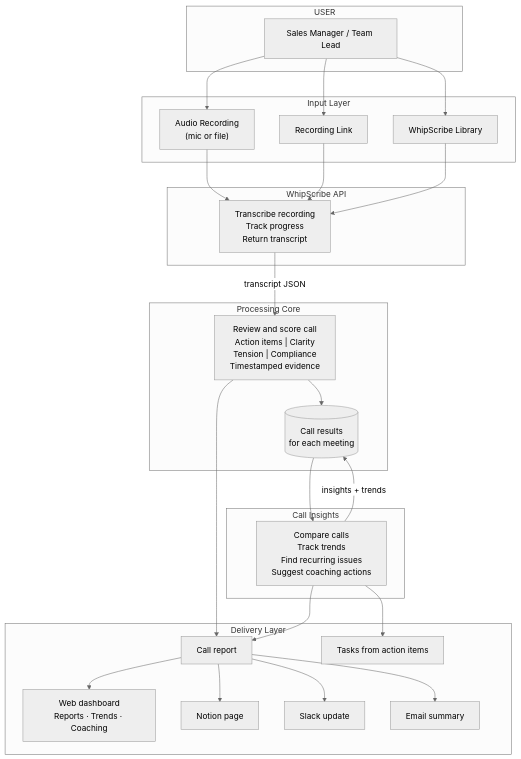
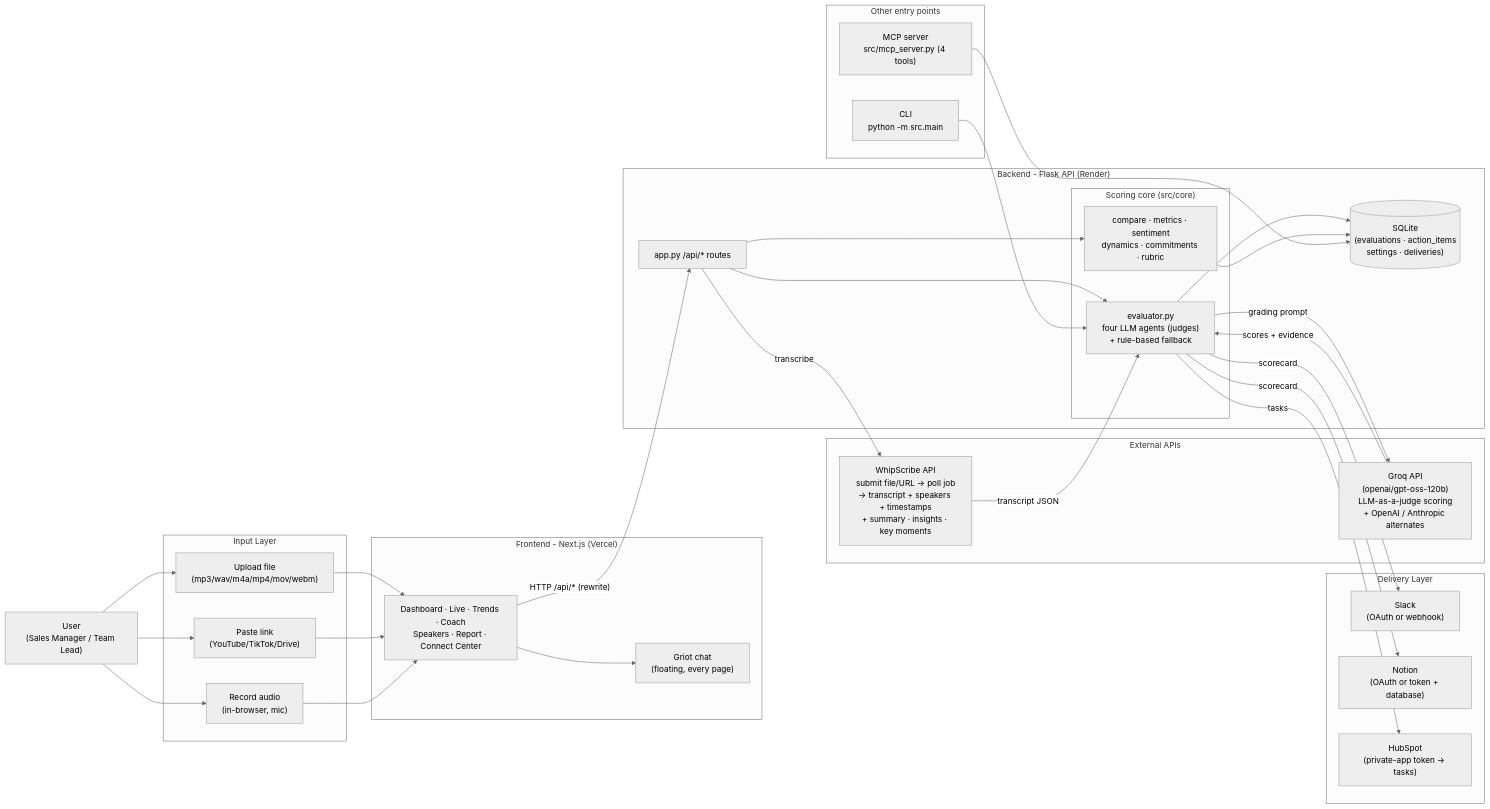
One commit to Blacksujit/callcoach-ai-whhipscribe changed the diagram in README.md. Above: the diagram before and after it, drawn with Mermaid (neutral theme). The commit also changed other lines of this file and 1 other file, not shown here.

Commit message:
Enhance architecture documentation with detailed flowchart and service interactions

````diff
--- a/README.md
+++ b/README.md
@@ -34,55 +38,67 @@
 ```mermaid
-graph TB
-    subgraph USER
-        U["Sales Manager / Team Lead"]
+flowchart LR
+    U["User\n(Sales Manager / Team Lead)"]
+
+    subgraph INPUT["Input Layer"]
+        FILE["Upload file\n(mp3/wav/m4a/mp4/mov/webm)"]
+        URL["Paste link\n(YouTube/TikTok/Drive)"]
+        REC["Record audio\n(in-browser, mic)"]
     end
 
-    subgraph "Input Layer"
-        AUDIO["Audio Recording\n(mic or file)"]
-        URL["Recording Link"]
-        MCP["WhipScribe Library"]
+    U --> FILE
+    U --> URL
+    U --> REC
+
+    subgraph FRONTEND["Frontend - Next.js (Vercel)"]
+        PAGES["Dashboard · Live · Trends · Coach\nSpeakers · Report · Connect Center"]
+        WIDGET["Griot chat\n(floating, every page)"]
     end
 
-    subgraph "WhipScribe API"
-        WFApi["Transcribe recording\nTrack progress\nReturn transcript"]
+    FILE --> PAGES
+    URL --> PAGES
+    REC --> PAGES
+    PAGES --> WIDGET
+
+    subgraph BACKEND["Backend - Flask API (Render)"]
+        API["app.py  /api/* routes"]
+        subgraph CORE["Scoring core (src/core)"]
+            EVAL["evaluator.py\nfour LLM agents (judges)\n+ rule-based fallback"]
+            INSIGHT["compare · metrics · sentiment\ndynamics · commitments · rubric"]
+        end
+        STORE[("SQLite\n(evaluations · action_items\nsettings · deliveries)")]
+        API --> EVAL
+        API --> INSIGHT
+        EVAL --> STORE
+        INSIGHT --> STORE
     end
 
-    subgraph "Processing Core"
-        EVAL["Review and score call\nAction items | Clarity\nTension | Compliance\nTimestamped evidence"]
-        STORE[(Call results\nfor each meeting)]
+    PAGES -->|"HTTP /api/* (rewrite)"| API
+
+    subgraph EXTERNAL["External APIs"]
+        WHIP["WhipScribe API\nsubmit file/URL → poll job\n→ transcript + speakers + timestamps\n+ summary · insights · key moments"]
+        GROQ["Groq API\n(openai/gpt-oss-120b)\nLLM-as-a-judge scoring\n+ OpenAI / Anthropic alternates"]
     end
 
-    subgraph "Call Insights"
-        TREN["Compare calls\nTrack trends\nFind recurring issues\nSuggest coaching actions"]
+    API -->|"transcribe"| WHIP
+    WHIP -->|"transcript JSON"| EVAL
+    EVAL -->|"grading prompt"| GROQ
+    GROQ -->|"scores + evidence"| EVAL
+
+    subgraph DELIVERY["Delivery Layer"]
+        SLACK["Slack\n(OAuth or webhook)"]
+        NOTION["Notion\n(OAuth or token + database)"]
+        HUB["HubSpot\n(private-app token → tasks)"]
     end
 
-    subgraph "Delivery Layer"
-        REPORT["Call report"]
-        WEB["Web dashboard\nReports · Trends · Coaching"]
-        NOTION["Notion page"]
-        SLACK["Slack update"]
-        EMAIL["Email summary"]
-        TASKS["Tasks from action items"]
+    EVAL -->|"scorecard"| SLACK
+    EVAL -->|"scorecard"| NOTION
+    EVAL -->|"tasks"| HUB
+
+    subgraph AUX["Other entry points"]
+        CLI["CLI\npython -m src.main"]
+        MCPSRV["MCP server\nsrc/mcp_server.py (4 tools)"]
     end
 
-    U --> AUDIO
-    U --> URL
-    U --> MCP
-
-    AUDIO --> WFApi
-    URL --> WFApi
-    MCP --> WFApi
-
-    WFApi -->|transcript JSON| EVAL
-    EVAL --> STORE
-    STORE --> TREN
-    TREN -->|insights + trends| STORE
-
-    EVAL --> REPORT
-    TREN --> REPORT
-    REPORT --> WEB
-    REPORT --> NOTION
-    REPORT --> SLACK
-    REPORT --> EMAIL
-    TREN --> TASKS
+    CLI --> EVAL
+    MCPSRV --> STORE
 ```
````
